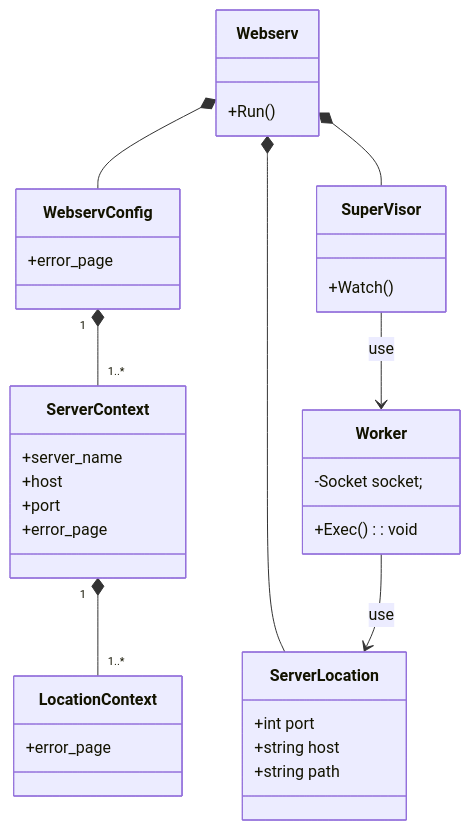
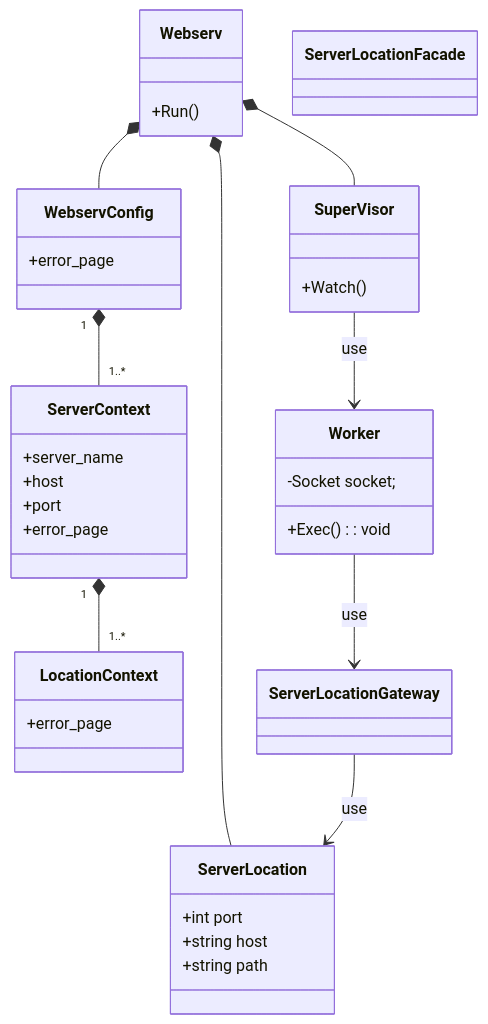
The diagram in docs/class/config_class.md (katataku/webserv), drawn with Mermaid before and after one commit. The commit also changed other lines of this file, not shown here.

Commit message:
doc: ServerLocationとWorkerの間にクラスを用意

````diff
--- a/docs/class/config_class.md
+++ b/docs/class/config_class.md
@@ -1,49 +1,54 @@
 ```mermaid
 classDiagram
     Webserv *-- WebservConfig
     WebservConfig "1" *-- "1..*" ServerContext
     ServerContext "1" *-- "1..*" LocationContext
 
     Webserv *-- SuperVisor
     Webserv *-- ServerLocation
     SuperVisor --> Worker : use
-    Worker --> ServerLocation : use
+    Worker --> ServerLocationGateway : use
+    ServerLocationGateway --> ServerLocation: use
 
     class WebservConfig {
         +error_page
     }
 
     class ServerContext {
         +server_name
         +host
         +port
         +error_page
     }
 
     class LocationContext {
         +error_page
     }
 
     class Webserv {
         +Run()
     }
 
     %% IO多重化とソケットクラスを生成してWorkerに処理を依頼するまでを担当する%%
     class SuperVisor {
         +Watch()
     }
 
     %% Socketを元に具体的な処理を担当する。 %%
     %% Requestを受け付けてResponseの返却をする %%
     class Worker {
         -Socket socket;
         +Exec() : void
     }
 
+    %% どのServerLocationを使用するかを決定する責務 %%
+    class ServerLocationFacade {
+    }
+
     %% configを元に各locationごとの設定 %%
     class ServerLocation {
         +int port
         +string host
         +string path
     }
 ```
````
